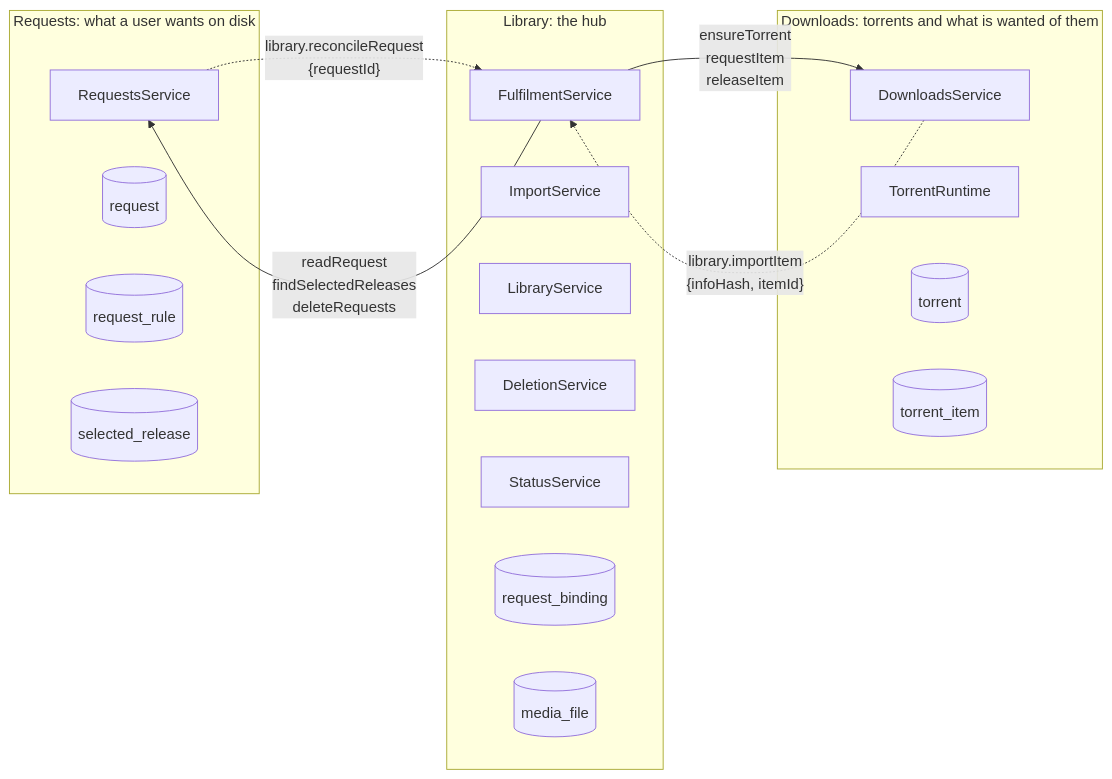
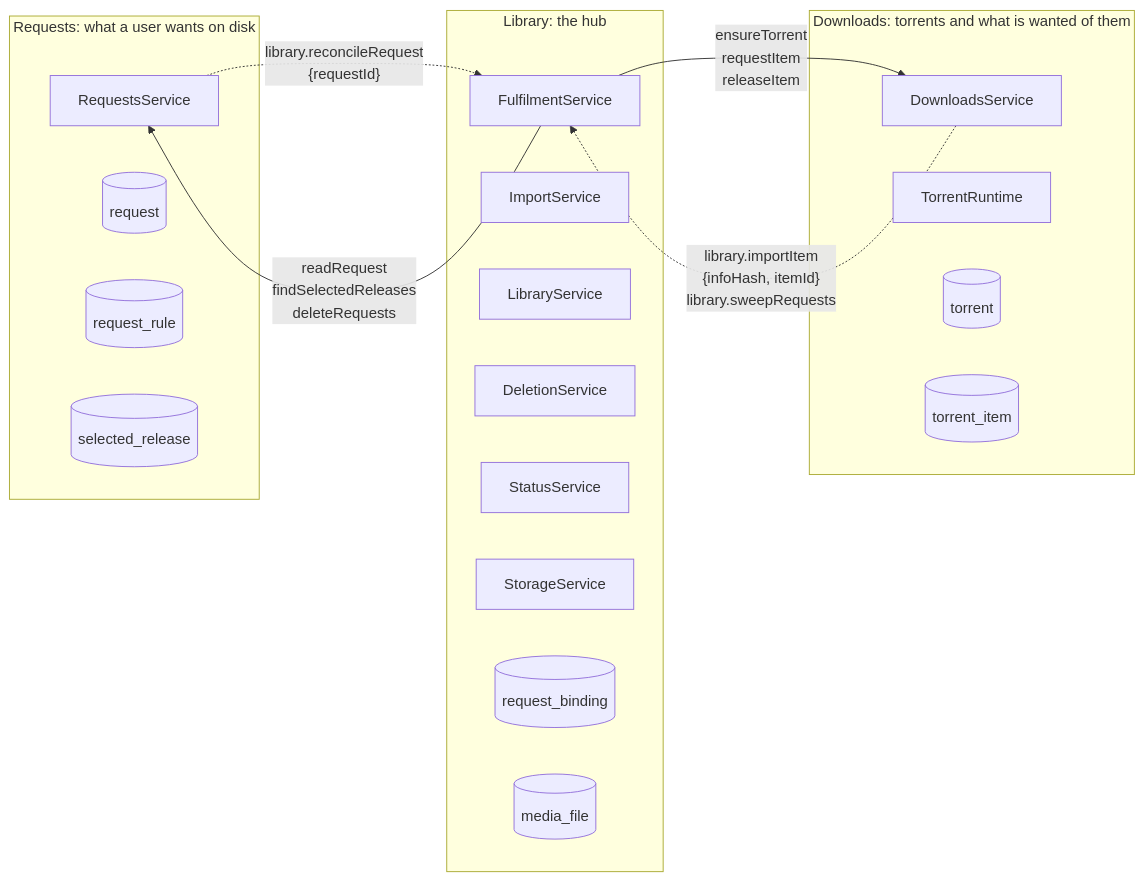
The first of 5 diagrams in docs/backend-architecture.md (aleksilassila/reiverr), drawn with Mermaid before and after one commit. The commit also changed other lines of this file and 28 other files, not shown here.

````diff
--- a/docs/backend-architecture.md
+++ b/docs/backend-architecture.md
@@ -9,31 +9,32 @@
 ```mermaid
 flowchart LR
   subgraph requests["Requests: what a user wants on disk"]
     RS["RequestsService"]
     RQ[("request")]
     RR[("request_rule")]
     SR[("selected_release")]
   end
 
   subgraph library["Library: the hub"]
     FS["FulfilmentService"]
     IS["ImportService"]
     LS["LibraryService"]
     DEL["DeletionService"]
     STS["StatusService"]
+    STO["StorageService"]
     RB[("request_binding")]
     MF[("media_file")]
   end
 
   subgraph downloads["Downloads: torrents and what is wanted of them"]
     DS["DownloadsService"]
     TR["TorrentRuntime"]
     T[("torrent")]
     TI[("torrent_item")]
   end
 
   RS -.->|"library.reconcileRequest<br/>{requestId}"| FS
   FS -->|"readRequest<br/>findSelectedReleases<br/>deleteRequests"| RS
   FS -->|"ensureTorrent<br/>requestItem<br/>releaseItem"| DS
-  DS -.->|"library.importItem<br/>{infoHash, itemId}"| FS
+  DS -.->|"library.importItem<br/>{infoHash, itemId}<br/>library.sweepRequests"| FS
 ```
````
